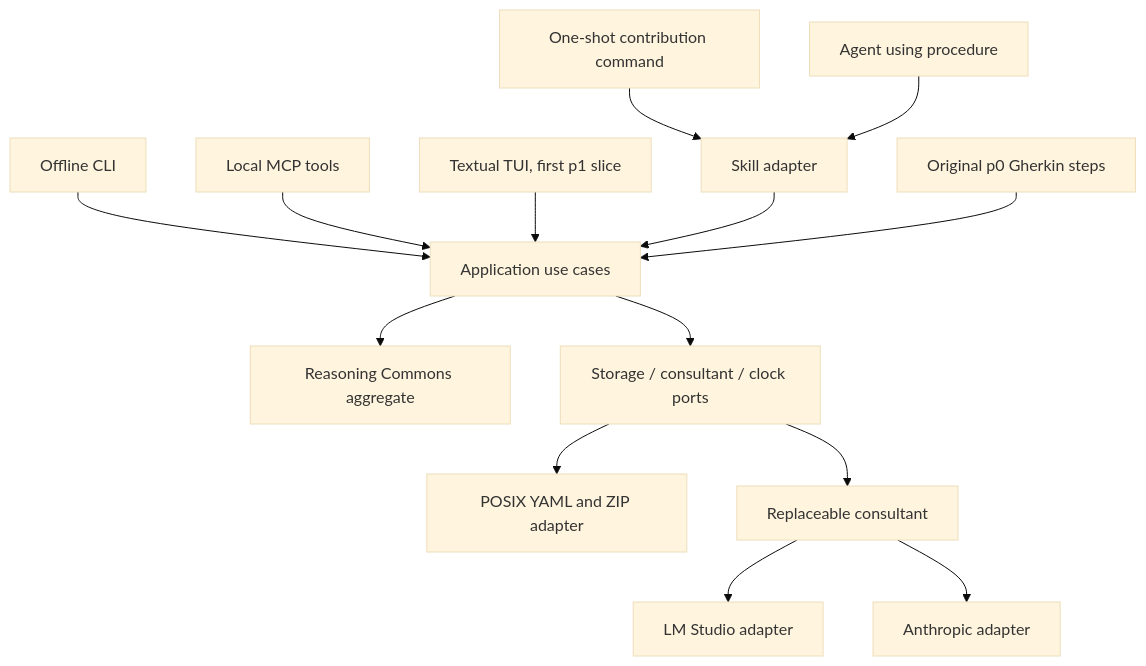
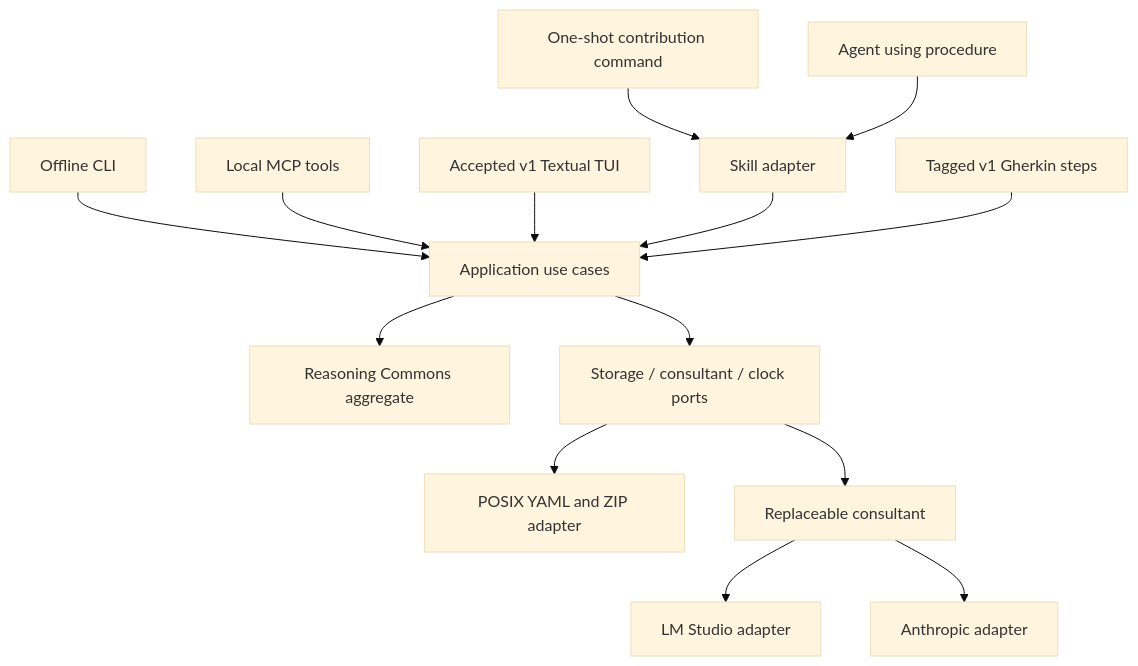
The diagram in ARCHITECTURE.md (life-itself/reason-commons-tui), drawn with Mermaid (base theme) before and after one commit. The commit also changed other lines of this file and 156 other files, not shown here.

````diff
--- a/ARCHITECTURE.md
+++ b/ARCHITECTURE.md
@@ -11,16 +15,16 @@
 ```mermaid
 flowchart TD
   CLI[Offline CLI] --> App[Application use cases]
   Invocation[One-shot contribution command] --> Skill
   MCP[Local MCP tools] --> App
-  TUI[Textual TUI, first p1 slice] --> App
+  TUI[Accepted v1 Textual TUI] --> App
   Agent[Agent using procedure] --> Skill[Skill adapter]
   Skill --> App
-  BDD[Original p0 Gherkin steps] --> App
+  BDD[Tagged v1 Gherkin steps] --> App
   App --> Domain[Reasoning Commons aggregate]
   App --> Ports[Storage / consultant / clock ports]
   Ports --> FS[POSIX YAML and ZIP adapter]
   Ports --> Provider[Replaceable consultant]
   Provider --> LMS[LM Studio adapter]
   Provider --> Anth[Anthropic adapter]
 ```
````
